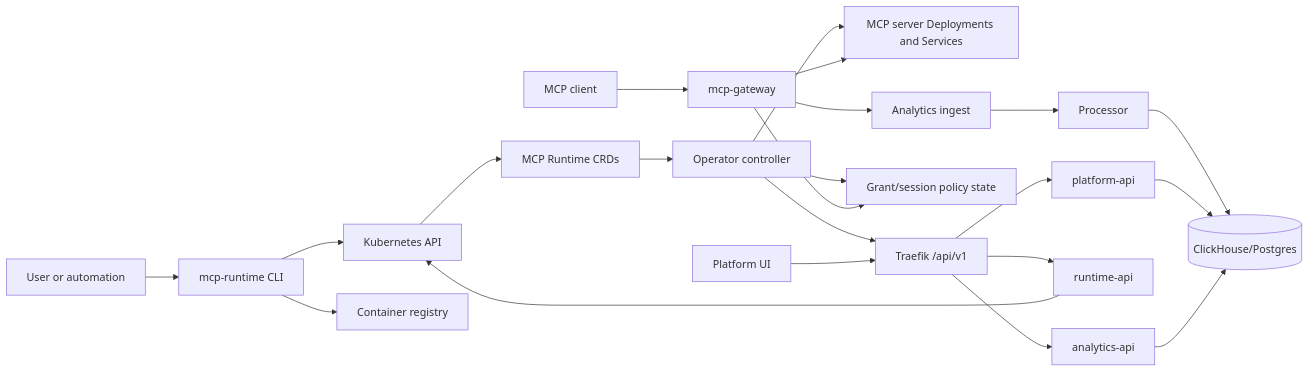
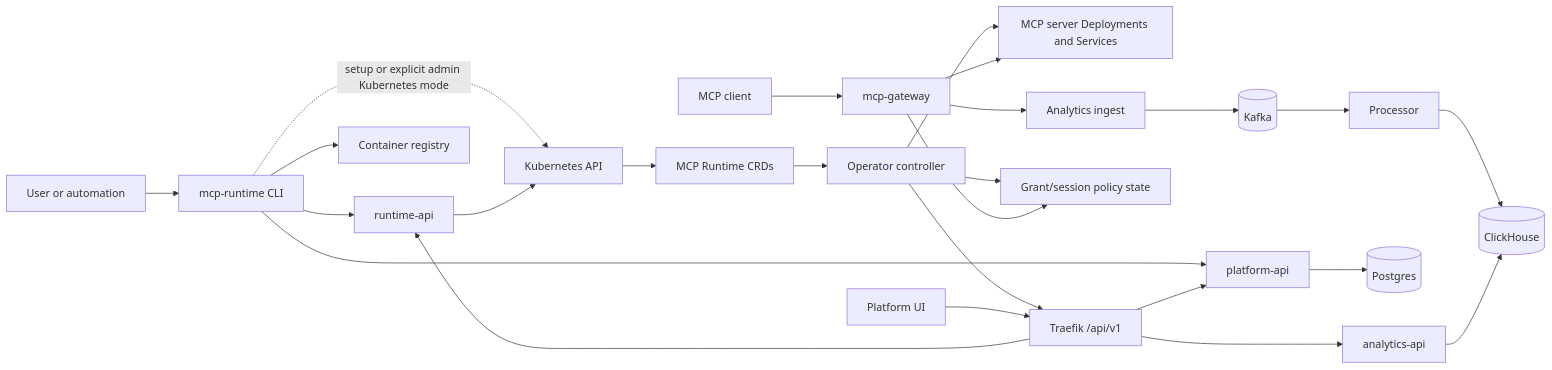
Before and after one commit to mcp-runtime/mcp-runtime: the first of 4 diagrams in docs/internals/README.md, drawn with Mermaid. The commit also changed other lines of this file and 59 other files, not shown here.

````diff
--- a/docs/internals/README.md
+++ b/docs/internals/README.md
@@ -18,24 +18,28 @@
 ```mermaid
 flowchart LR
     User[User or automation] --> CLI[mcp-runtime CLI]
-    CLI --> K8s[Kubernetes API]
+    CLI --> RunAPI[runtime-api]
+    CLI --> PlatAPI[platform-api]
+    CLI -. setup or explicit admin Kubernetes mode .-> K8s[Kubernetes API]
     CLI --> Registry[Container registry]
     K8s --> CRDs[MCP Runtime CRDs]
     CRDs --> Operator[Operator controller]
     Operator --> Workloads[MCP server Deployments and Services]
     Operator --> Ingress[Ingress and gateway routes]
     Operator --> Policy[Grant/session policy state]
     Client[MCP client] --> Gateway[mcp-gateway]
     Gateway --> Policy
     Gateway --> Workloads
     Gateway --> Ingest[Analytics ingest]
-    Ingest --> Processor[Processor]
-    Processor --> Store[(ClickHouse/Postgres)]
+    Ingest --> Kafka[(Kafka)]
+    Kafka --> Processor[Processor]
+    Processor --> Store[(ClickHouse)]
+    DB[(Postgres)]
     UI[Platform UI] --> Ingress[Traefik /api/v1]
     Ingress --> PlatAPI[platform-api]
     Ingress --> RunAPI[runtime-api]
     Ingress --> AnaAPI[analytics-api]
     RunAPI --> K8s
-    PlatAPI --> Store
+    PlatAPI --> DB
     AnaAPI --> Store
 ```
````
